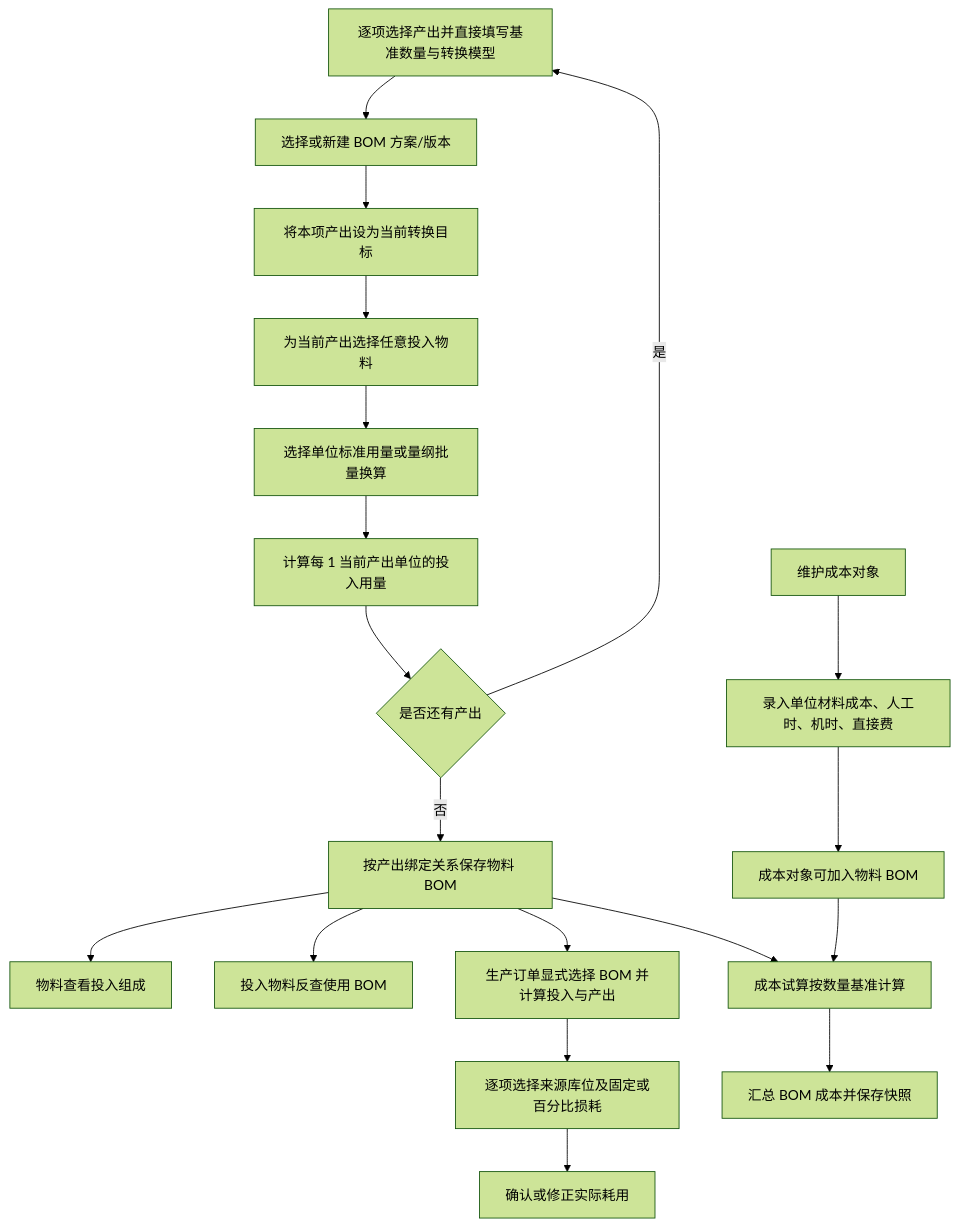
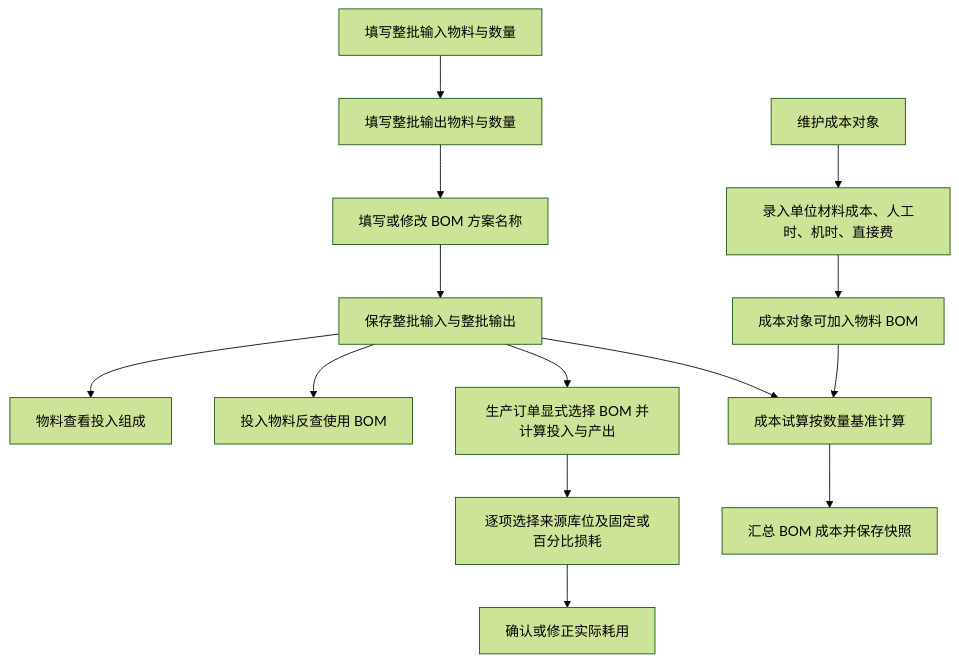
Before and after one commit to goldf2/mes-lite: diagram 13 of 17 in docs/minierp/system-function-flow.md, drawn with Mermaid (forest theme). The commit also changed other lines of this file and 33 other files, not shown here.

````diff
--- a/docs/minierp/system-function-flow.md
+++ b/docs/minierp/system-function-flow.md
@@ -417,21 +417,16 @@
 ```mermaid
 flowchart TD
-  A["逐项选择产出并直接填写基准数量与转换模型"] --> V["选择或新建 BOM 方案/版本"]
-  V --> T["将本项产出设为当前转换目标"]
-  T --> B["为当前产出选择任意投入物料"]
-  B --> C["选择单位标准用量或量纲批量换算"]
-  C --> R["计算每 1 当前产出单位的投入用量"]
-  R --> X{"是否还有产出"}
-  X -->|是| A
-  X -->|否| D["按产出绑定关系保存物料 BOM"]
+  A["填写整批输入物料与数量"] --> B["填写整批输出物料与数量"]
+  B --> V["填写或修改 BOM 方案名称"]
+  V --> D["保存整批输入与整批输出"]
   D --> E["物料查看投入组成"]
   D --> F["投入物料反查使用 BOM"]
   D --> G["成本试算按数量基准计算"]
   D --> P["生产订单显式选择 BOM 并计算投入与产出"]
   P --> L["逐项选择来源库位及固定或百分比损耗"]
   L --> M["确认或修正实际耗用"]
   H["维护成本对象"] --> I["录入单位材料成本、人工时、机时、直接费"]
   I --> J["成本对象可加入物料 BOM"]
   J --> G
   G --> K["汇总 BOM 成本并保存快照"]
 ```
````
